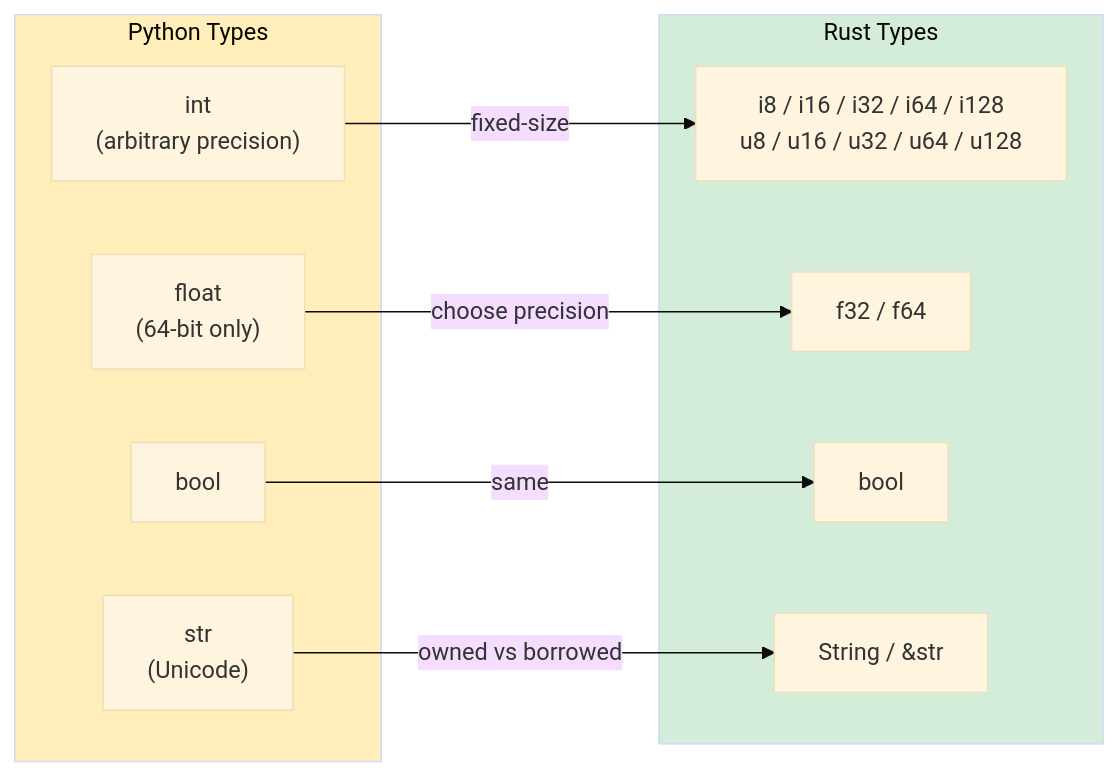
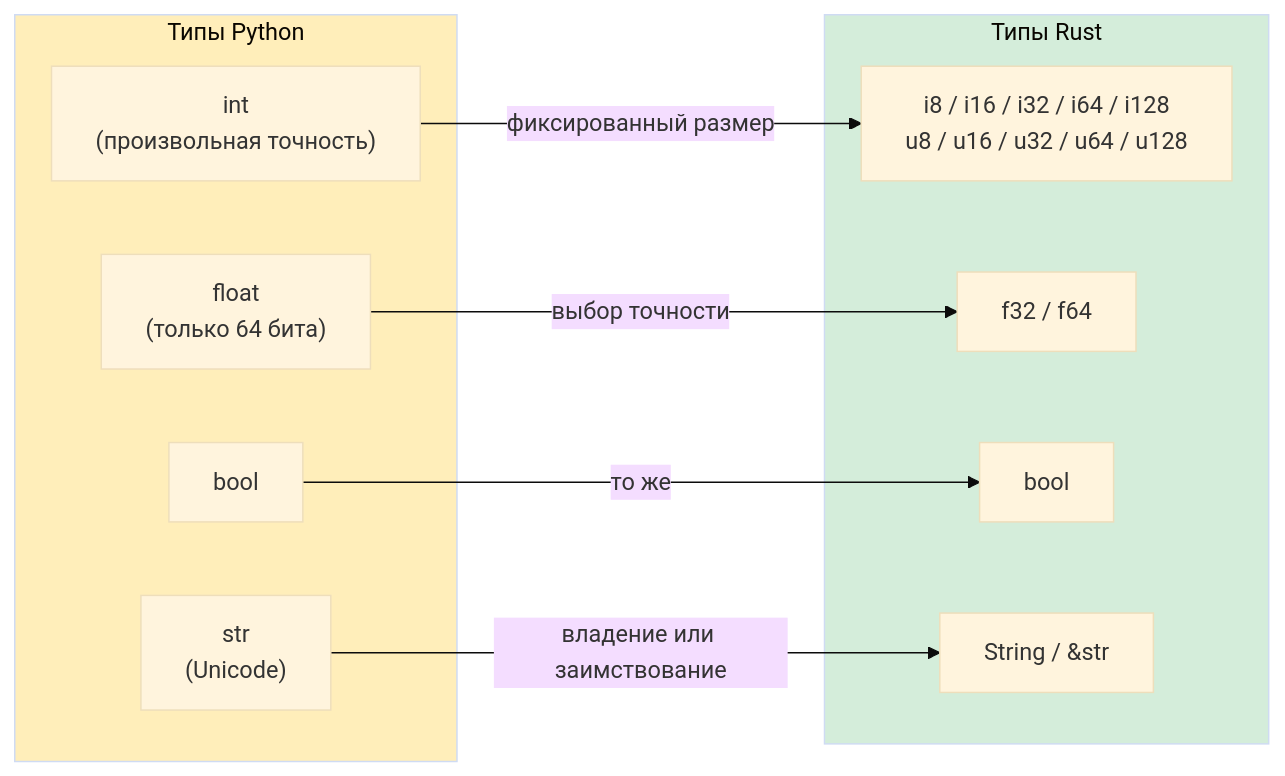
One commit to r007/RustTraining-Rus changed the diagram in python-book/src/ch03-built-in-types-and-variables.md. Above: the diagram before and after it, drawn with Mermaid (base theme). The commit also changed other lines of this file and 10 other files, not shown here.

````diff
--- a/python-book/src/ch03-built-in-types-and-variables.md
+++ b/python-book/src/ch03-built-in-types-and-variables.md
@@ -102,21 +99,21 @@
 ```mermaid
 flowchart LR
-    subgraph Python ["Python Types"]
-        PI["int<br/>(arbitrary precision)"]
-        PF["float<br/>(64-bit only)"]
+    subgraph Python ["Типы Python"]
+        PI["int<br/>(произвольная точность)"]
+        PF["float<br/>(только 64 бита)"]
         PB["bool"]
         PS["str<br/>(Unicode)"]
     end
-    subgraph Rust ["Rust Types"]
+    subgraph Rust ["Типы Rust"]
         RI["i8 / i16 / i32 / i64 / i128<br/>u8 / u16 / u32 / u64 / u128"]
         RF["f32 / f64"]
         RB["bool"]
         RS["String / &str"]
     end
-    PI -->|"fixed-size"| RI
-    PF -->|"choose precision"| RF
-    PB -->|"same"| RB
-    PS -->|"owned vs borrowed"| RS
+    PI -->|"фиксированный размер"| RI
+    PF -->|"выбор точности"| RF
+    PB -->|"то же"| RB
+    PS -->|"владение или заимствование"| RS
     style Python fill:#ffeeba
     style Rust fill:#d4edda
 ```
````
